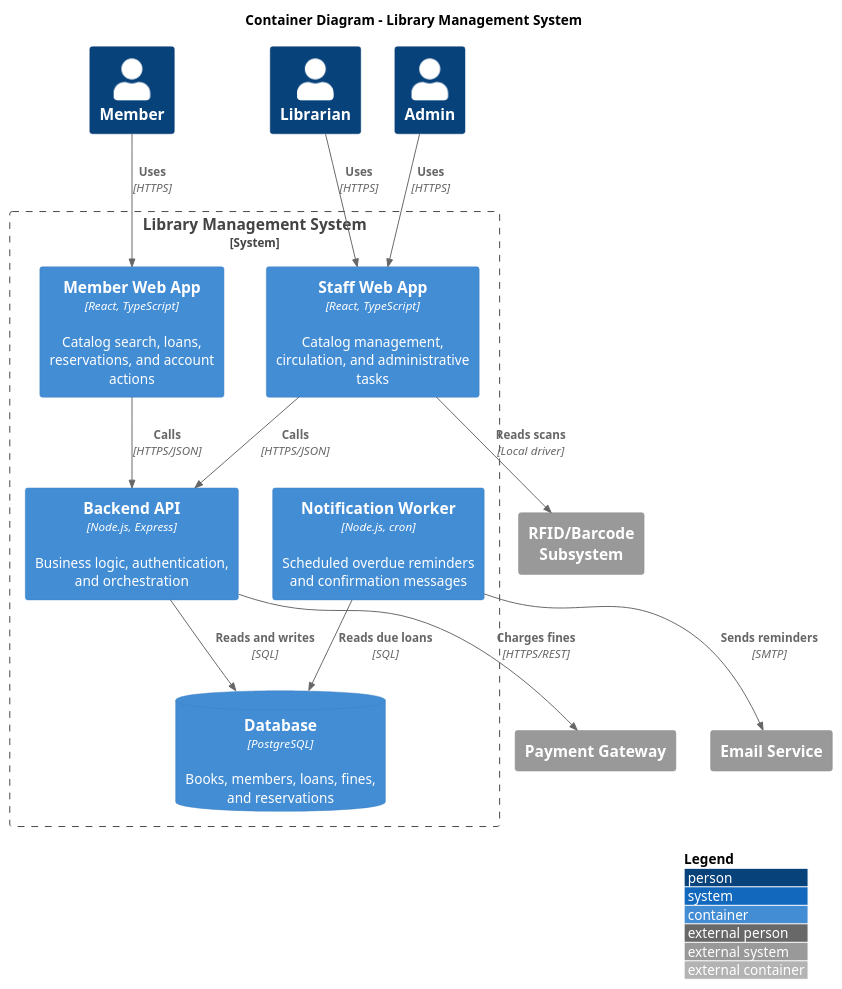
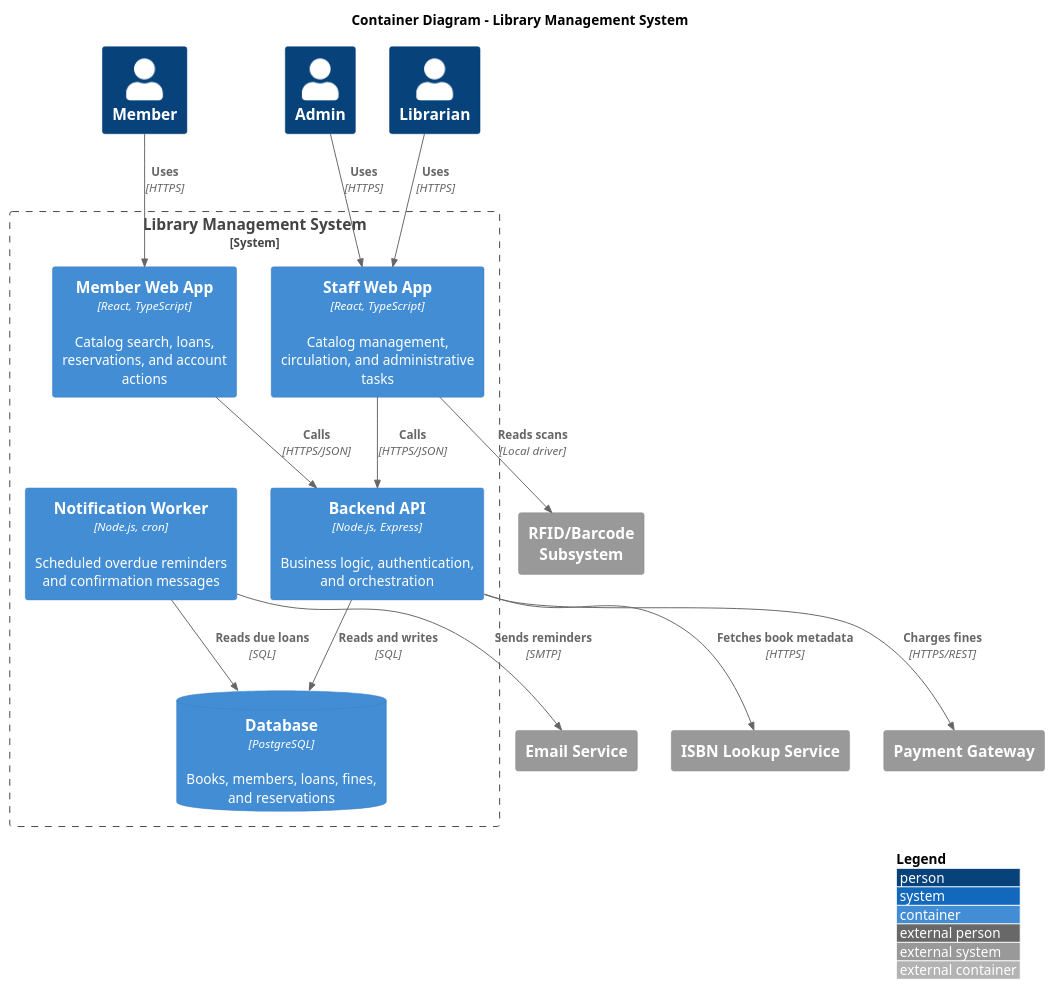
One commit to HashimZuraiqi/Software-Eng.-Project-UNTITLED changed the diagram in uml/c4_l2_container.puml. Above: the diagram before and after it, drawn with PlantUML.

Commit message:
Add ISBN Lookup Service to C4 container diagram

```diff
--- a/uml/c4_l2_container.puml
+++ b/uml/c4_l2_container.puml
@@ -1,35 +1,37 @@
 @startuml c4_l2_container
 !include https://raw.githubusercontent.com/plantuml-stdlib/C4-PlantUML/master/C4_Container.puml
 
 LAYOUT_WITH_LEGEND()
 title Container Diagram - Library Management System
 
 Person(member, "Member")
 Person(librarian, "Librarian")
 Person(admin, "Admin")
 
 System_Boundary(lms, "Library Management System") {
   Container(memberApp, "Member Web App", "React, TypeScript", "Catalog search, loans, reservations, and account actions")
   Container(staffApp, "Staff Web App", "React, TypeScript", "Catalog management, circulation, and administrative tasks")
   Container(api, "Backend API", "Node.js, Express", "Business logic, authentication, and orchestration")
   ContainerDb(db, "Database", "PostgreSQL", "Books, members, loans, fines, and reservations")
   Container(worker, "Notification Worker", "Node.js, cron", "Scheduled overdue reminders and confirmation messages")
 }
 
 System_Ext(email, "Email Service")
 System_Ext(payment, "Payment Gateway")
 System_Ext(rfid, "RFID/Barcode Subsystem")
+System_Ext(isbn, "ISBN Lookup Service")
 
 Rel(member, memberApp, "Uses", "HTTPS")
 Rel(librarian, staffApp, "Uses", "HTTPS")
 Rel(admin, staffApp, "Uses", "HTTPS")
 
 Rel(memberApp, api, "Calls", "HTTPS/JSON")
 Rel(staffApp, api, "Calls", "HTTPS/JSON")
 Rel(api, db, "Reads and writes", "SQL")
 Rel(worker, db, "Reads due loans", "SQL")
 Rel(worker, email, "Sends reminders", "SMTP")
 Rel(api, payment, "Charges fines", "HTTPS/REST")
+Rel(api, isbn, "Fetches book metadata", "HTTPS")
 Rel(staffApp, rfid, "Reads scans", "Local driver")
 
 @enduml
```
